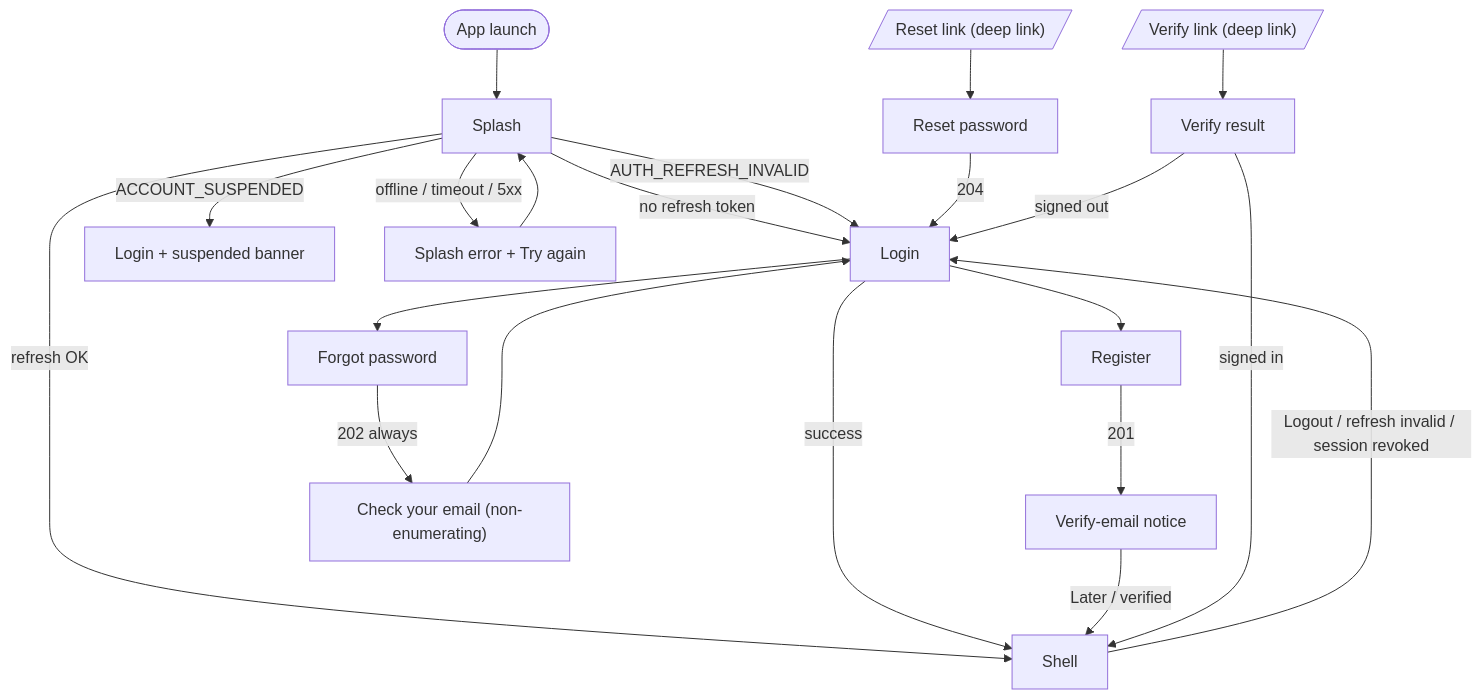
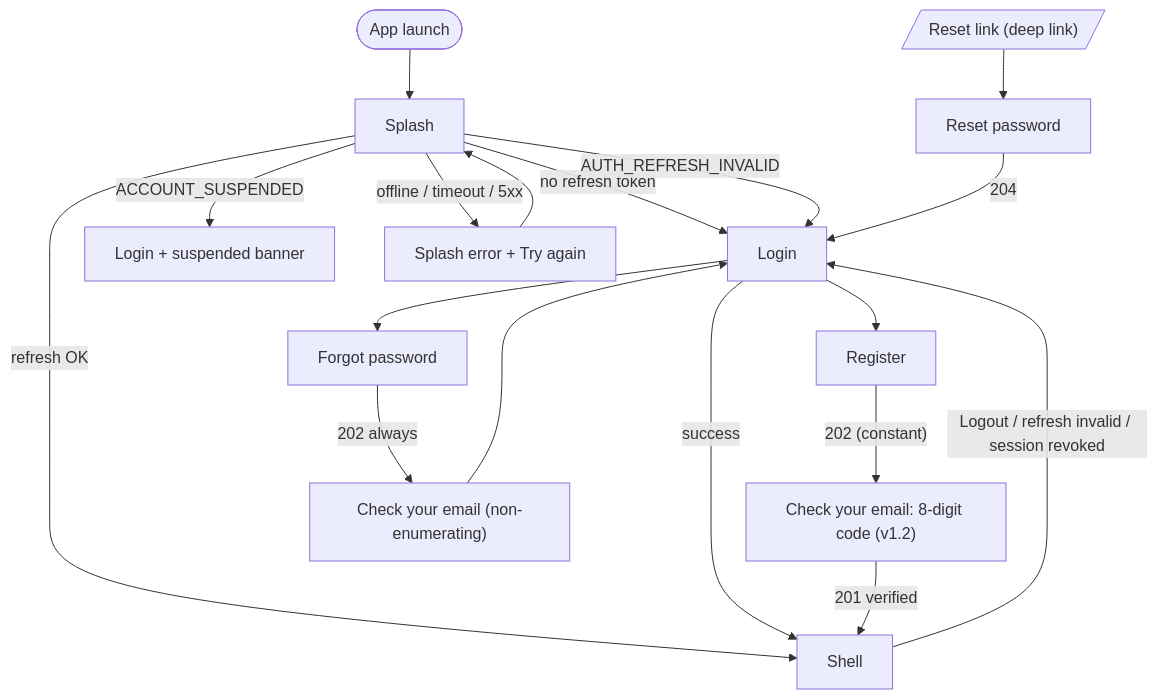
The first of 2 diagrams in docs/design/SCREEN_INVENTORY.md (sd343434/kabso), drawn with Mermaid before and after one commit. The commit also changed other lines of this file and 2 other files, not shown here.

Commit message:
docs(design): Phase 1.1 specs for contract v1.2
Adds docs/design/PHASE1_1_SCREENS.md: verify-first registration with an
8-digit code-entry screen (non-enumerating copy, resend cooldown, all
error states), displayName helper/error copy (too_long graphemes,
invalid_format, reserved_term), first-launch language resolution, auth
language switch and PATCH /me sync, ar+en email templates (registration
code, account-exists notice, password reset), and the KL-015 copy
alignment table with final decisions. Marks superseded sections in
PHASE1_SCREENS.md and updates the auth flow in SCREEN_INVENTORY.md.

Claude-Session: https://claude.ai/code/session_01AeV3og4DFsz71ExDYkJnN9

````diff
--- a/docs/design/SCREEN_INVENTORY.md
+++ b/docs/design/SCREEN_INVENTORY.md
@@ -27,23 +27,20 @@
 ```mermaid
 flowchart TD
     Start([App launch]) --> Splash
     Splash -->|"no refresh token"| Login
     Splash -->|"refresh OK"| Shell
     Splash -->|"AUTH_REFRESH_INVALID"| Login
     Splash -->|"ACCOUNT_SUSPENDED"| Suspended["Login + suspended banner"]
     Splash -->|"offline / timeout / 5xx"| SplashErr["Splash error + Try again"]
     SplashErr --> Splash
     Login -->|"success"| Shell
     Login --> Register
     Login --> Forgot["Forgot password"]
-    Register -->|"201"| VerifyNotice["Verify-email notice"]
-    VerifyNotice -->|"Later / verified"| Shell
+    Register -->|"202 (constant)"| CodeEntry["Check your email: 8-digit code (v1.2)"]
+    CodeEntry -->|"201 verified"| Shell
     Forgot -->|"202 always"| ForgotSent["Check your email (non-enumerating)"]
     ForgotSent --> Login
     DeepReset[/"Reset link (deep link)"/] --> Reset["Reset password"]
     Reset -->|"204"| Login
-    DeepVerify[/"Verify link (deep link)"/] --> VerifyResult["Verify result"]
-    VerifyResult -->|"signed in"| Shell
-    VerifyResult -->|"signed out"| Login
     Shell -->|"Logout / refresh invalid / session revoked"| Login
 ```
````
